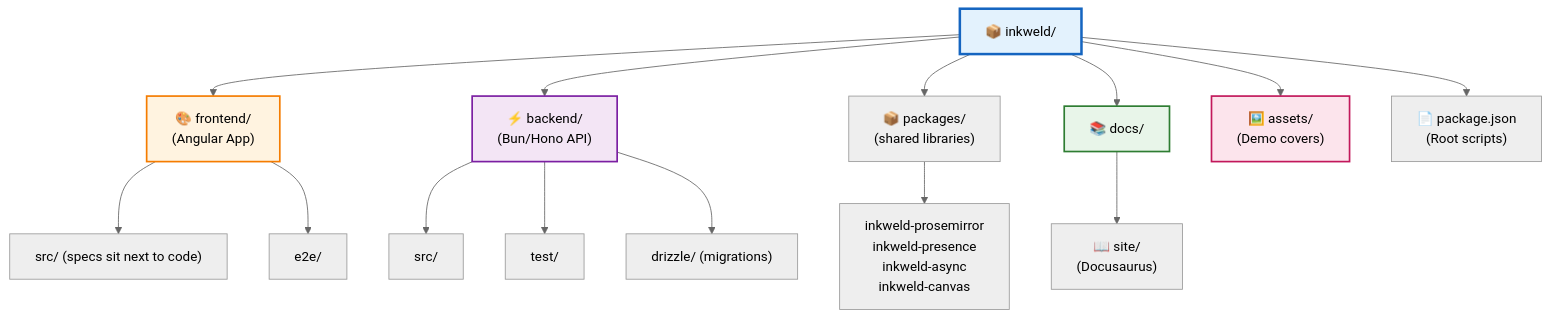
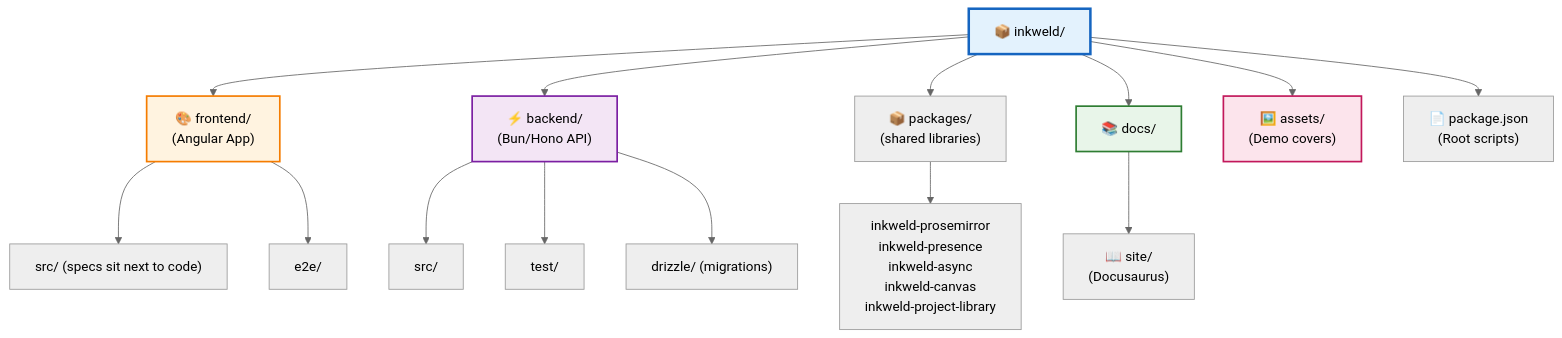
The ninth of 9 diagrams in docs/site/docs/developer/architecture.md (bobbyquantum/inkweld), drawn with Mermaid before and after one commit. The commit also changed other lines of this file and 32 other files, not shown here.

````diff
--- a/docs/site/docs/developer/architecture.md
+++ b/docs/site/docs/developer/architecture.md
@@ -751,29 +752,29 @@
 ```mermaid
 %%{init: {'theme':'neutral'}}%%
 graph TD
     Root["📦 inkweld/"]
 
     Root --> FE["🎨 frontend/<br/>(Angular App)"]
     Root --> BE["⚡ backend/<br/>(Bun/Hono API)"]
     Root --> PK["📦 packages/<br/>(shared libraries)"]
     Root --> Docs["📚 docs/"]
     Root --> Assets["🖼️ assets/<br/>(Demo covers)"]
     Root --> PKG["📄 package.json<br/>(Root scripts)"]
 
     Docs --> Site["📖 site/<br/>(Docusaurus)"]
 
     FE --> FESrc["src/ (specs sit next to code)"]
     FE --> FEE2E["e2e/"]
 
     BE --> BESrc["src/"]
     BE --> BETest["test/"]
     BE --> BEMig["drizzle/ (migrations)"]
 
-    PK --> PKP["inkweld-prosemirror<br/>inkweld-presence<br/>inkweld-async<br/>inkweld-canvas"]
+    PK --> PKP["inkweld-prosemirror<br/>inkweld-presence<br/>inkweld-async<br/>inkweld-canvas<br/>inkweld-project-library"]
 
     style Root fill:#e3f2fd,stroke:#1565c0,stroke-width:3px
     style FE fill:#fff3e0,stroke:#f57c00,stroke-width:2px
     style BE fill:#f3e5f5,stroke:#7b1fa2,stroke-width:2px
     style Docs fill:#e8f5e9,stroke:#2e7d32,stroke-width:2px
     style Assets fill:#fce4ec,stroke:#c2185b,stroke-width:2px
 ```
````
